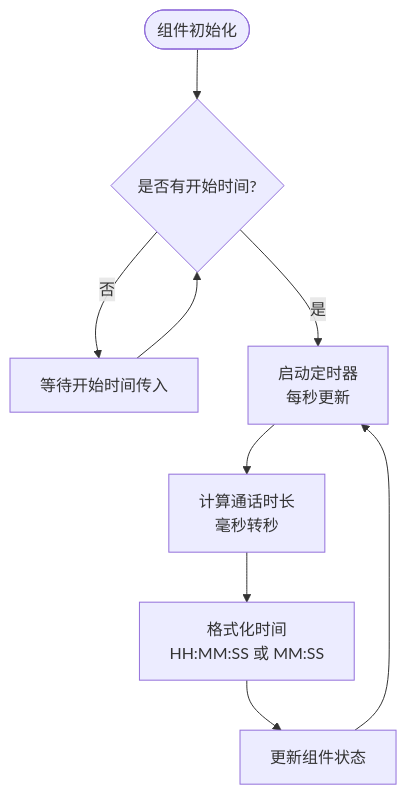
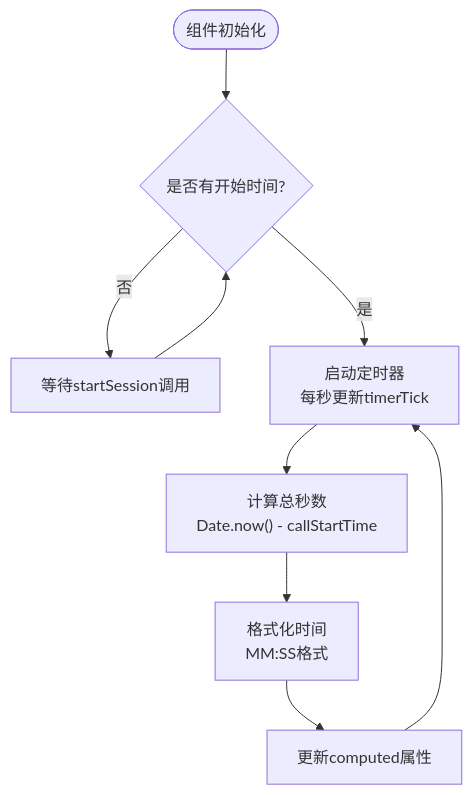
The fourth of 7 diagrams in .qoder/repowiki/zh/content/核心组件/群组通话组件/群组通话头部栏.md (Easemob-Community/easemob-uikit-callkit-vue3), drawn with Mermaid before and after one commit. The commit also changed other lines of this file and 54 other files, not shown here.

````diff
--- a/.qoder/repowiki/zh/content/核心组件/群组通话组件/群组通话头部栏.md
+++ b/.qoder/repowiki/zh/content/核心组件/群组通话组件/群组通话头部栏.md
@@ -169,11 +179,11 @@
 ```mermaid
 flowchart TD
 Init([组件初始化]) --> CheckStartTime{"是否有开始时间?"}
-CheckStartTime --> |否| WaitInput["等待开始时间传入"]
-CheckStartTime --> |是| StartTimer["启动定时器<br/>每秒更新"]
-StartTimer --> CalcDuration["计算通话时长<br/>毫秒转秒"]
-CalcDuration --> FormatTime["格式化时间<br/>HH:MM:SS 或 MM:SS"]
-FormatTime --> UpdateState["更新组件状态"]
-UpdateState --> StartTimer
+CheckStartTime --> |否| WaitInput["等待startSession调用"]
+CheckStartTime --> |是| StartTimer["启动定时器<br/>每秒更新timerTick"]
+StartTimer --> CalcDuration["计算总秒数<br/>Date.now() - callStartTime"]
+CalcDuration --> FormatTime["格式化时间<br/>MM:SS格式"]
+FormatTime --> UpdateComputed["更新computed属性"]
+UpdateComputed --> StartTimer
 WaitInput --> CheckStartTime
 ```
````
